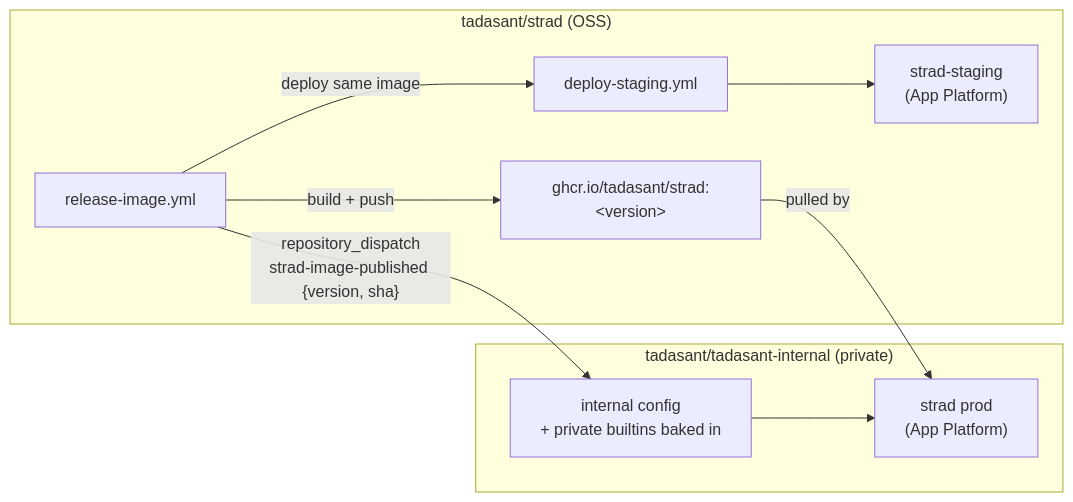
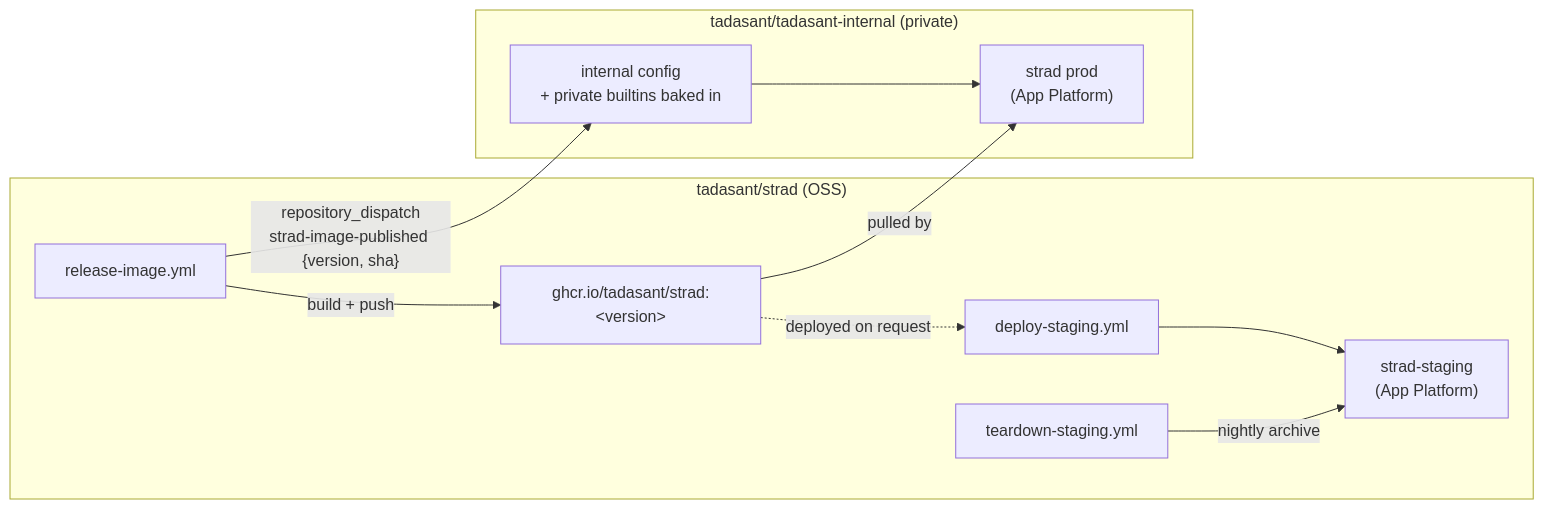
One commit to tadasant/strad changed the first of 3 diagrams in docs/src/content/docs/operate/deploy-model.md. Above: the diagram before and after it, drawn with Mermaid. The commit also changed other lines of this file and 8 other files, not shown here.

````diff
--- a/docs/src/content/docs/operate/deploy-model.md
+++ b/docs/src/content/docs/operate/deploy-model.md
@@ -16,18 +16,20 @@
 ```mermaid
 flowchart LR
     subgraph oss["tadasant/strad (OSS)"]
         RI["release-image.yml"]
         DS["deploy-staging.yml"]
+        TD["teardown-staging.yml"]
         IMG["ghcr.io/tadasant/strad:&lt;version&gt;"]
         STG["strad-staging<br/>(App Platform)"]
     end
     subgraph internal["tadasant/tadasant-internal (private)"]
         CFG["internal config<br/>+ private builtins baked in"]
         PROD["strad prod<br/>(App Platform)"]
     end
     RI -->|"build + push"| IMG
-    RI -->|"deploy same image"| DS --> STG
+    IMG -.->|"deployed on request"| DS --> STG
+    TD -->|"nightly archive"| STG
     RI -->|"repository_dispatch<br/>strad-image-published {version, sha}"| CFG
     IMG -->|"pulled by"| PROD
     CFG --> PROD
 ```
````
